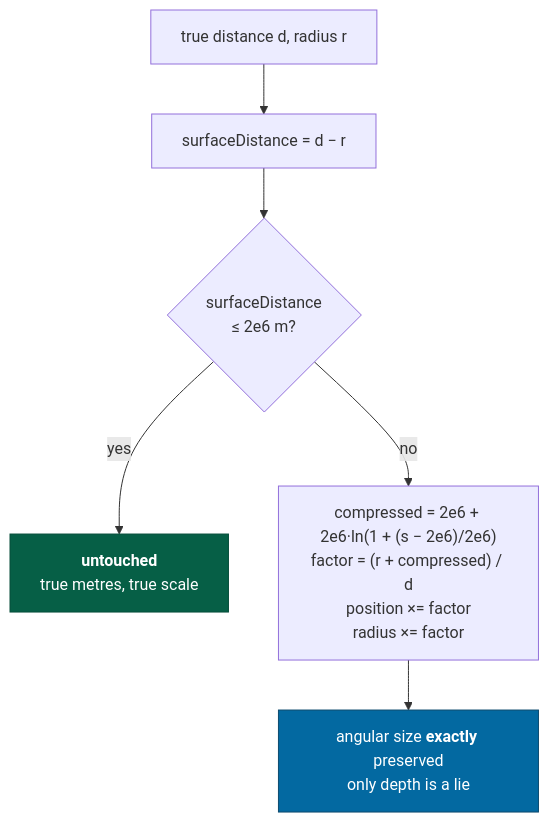
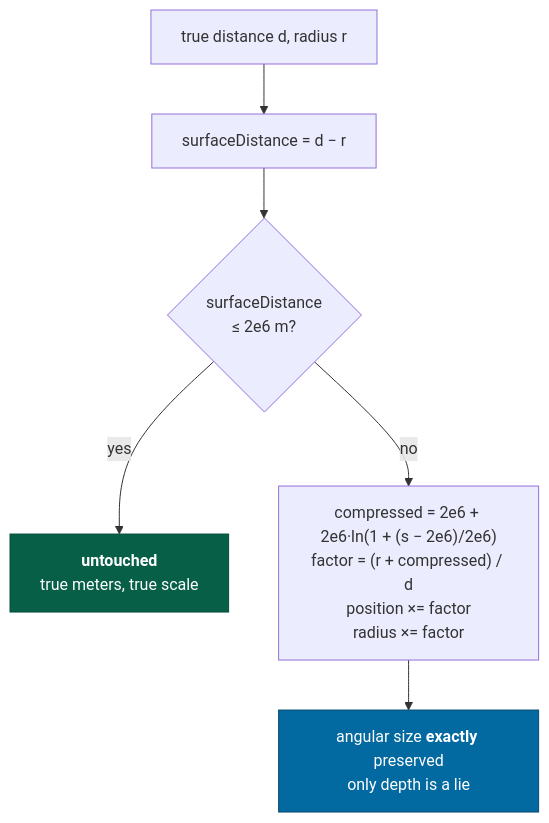
Before and after one commit to jonjaques/inertialref: the third of 8 diagrams in docs/concepts/rendering.md, drawn with Mermaid. The commit also changed other lines of this file and 83 other files, not shown here.

````diff
--- a/docs/concepts/rendering.md
+++ b/docs/concepts/rendering.md
@@ -79,16 +79,16 @@
 ```mermaid
 flowchart TB
     D["true distance d, radius r"]
     SURF["surfaceDistance = d − r"]
     TEST{"surfaceDistance<br/>≤ 2e6 m?"}
-    NEAR["<b>untouched</b><br/>true metres, true scale"]
+    NEAR["<b>untouched</b><br/>true meters, true scale"]
     COMP["compressed = 2e6 + 2e6·ln(1 + (s − 2e6)/2e6)<br/>factor = (r + compressed) / d<br/>position ×= factor<br/>radius ×= factor"]
     OUT["angular size <b>exactly</b> preserved<br/>only depth is a lie"]
 
     D --> SURF --> TEST
     TEST -->|yes| NEAR
     TEST -->|no| COMP --> OUT
 
     style NEAR fill:#065f46,stroke:#064e3b,color:#fff
     style OUT fill:#0369a1,stroke:#0c4a6e,color:#fff
 ```
````
